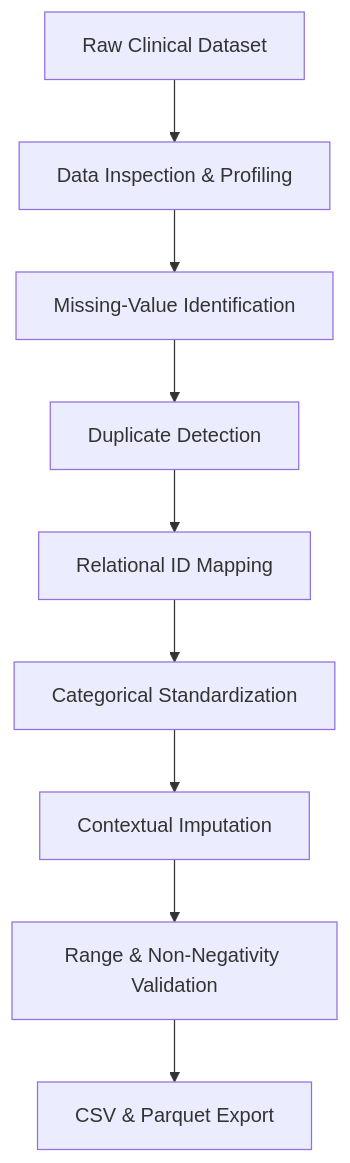
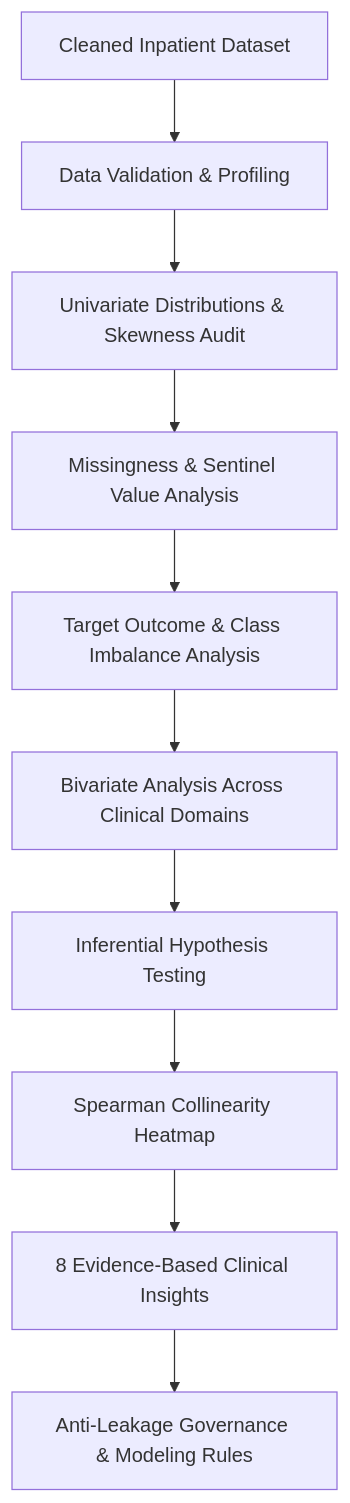
Before and after one commit to AbhijeetArunGore/SWYNEX-Data-Preparation: the diagram in README.md, drawn with Mermaid. The commit also changed other lines of this file, not shown here.

````diff
--- a/README.md
+++ b/README.md
@@ -57,11 +94,12 @@
 ```mermaid
 graph TD
-    A[Raw Clinical Dataset] --> B[Data Inspection & Profiling]
-    B --> C[Missing-Value Identification]
-    C --> D[Duplicate Detection]
-    D --> E[Relational ID Mapping]
-    E --> F[Categorical Standardization]
-    F --> G[Contextual Imputation]
-    G --> H[Range & Non-Negativity Validation]
-    H --> I[CSV & Parquet Export]
+    A[Cleaned Inpatient Dataset] --> B[Data Validation & Profiling]
+    B --> C[Univariate Distributions & Skewness Audit]
+    C --> D[Missingness & Sentinel Value Analysis]
+    D --> E[Target Outcome & Class Imbalance Analysis]
+    E --> F[Bivariate Analysis Across Clinical Domains]
+    F --> G[Inferential Hypothesis Testing]
+    G --> H[Spearman Collinearity Heatmap]
+    H --> I[8 Evidence-Based Clinical Insights]
+    I --> J[Anti-Leakage Governance & Modeling Rules]
 ```
````
